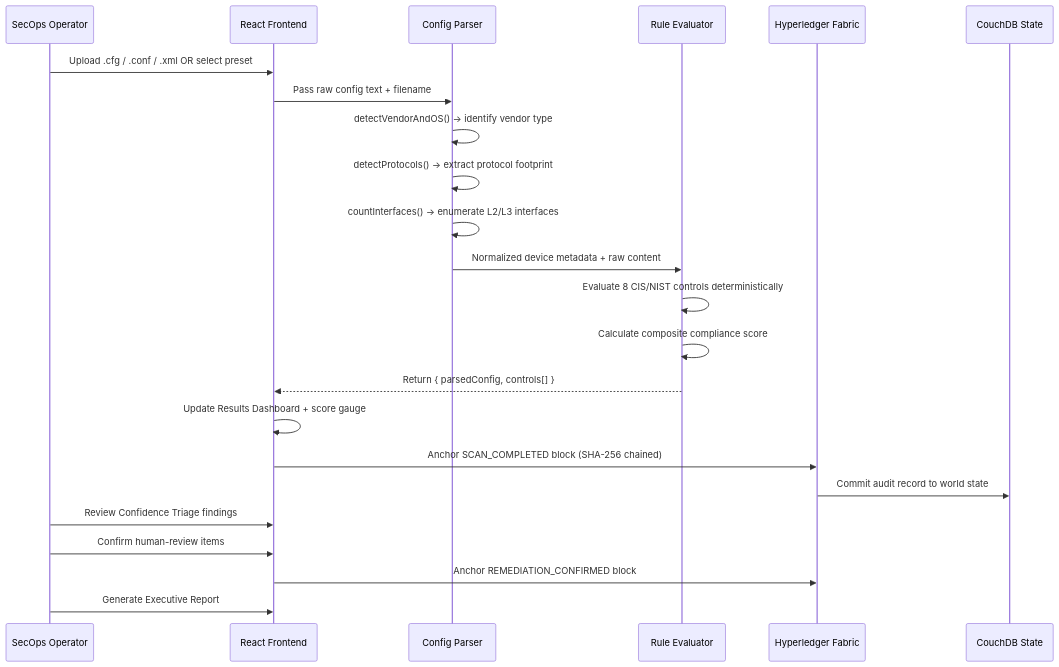
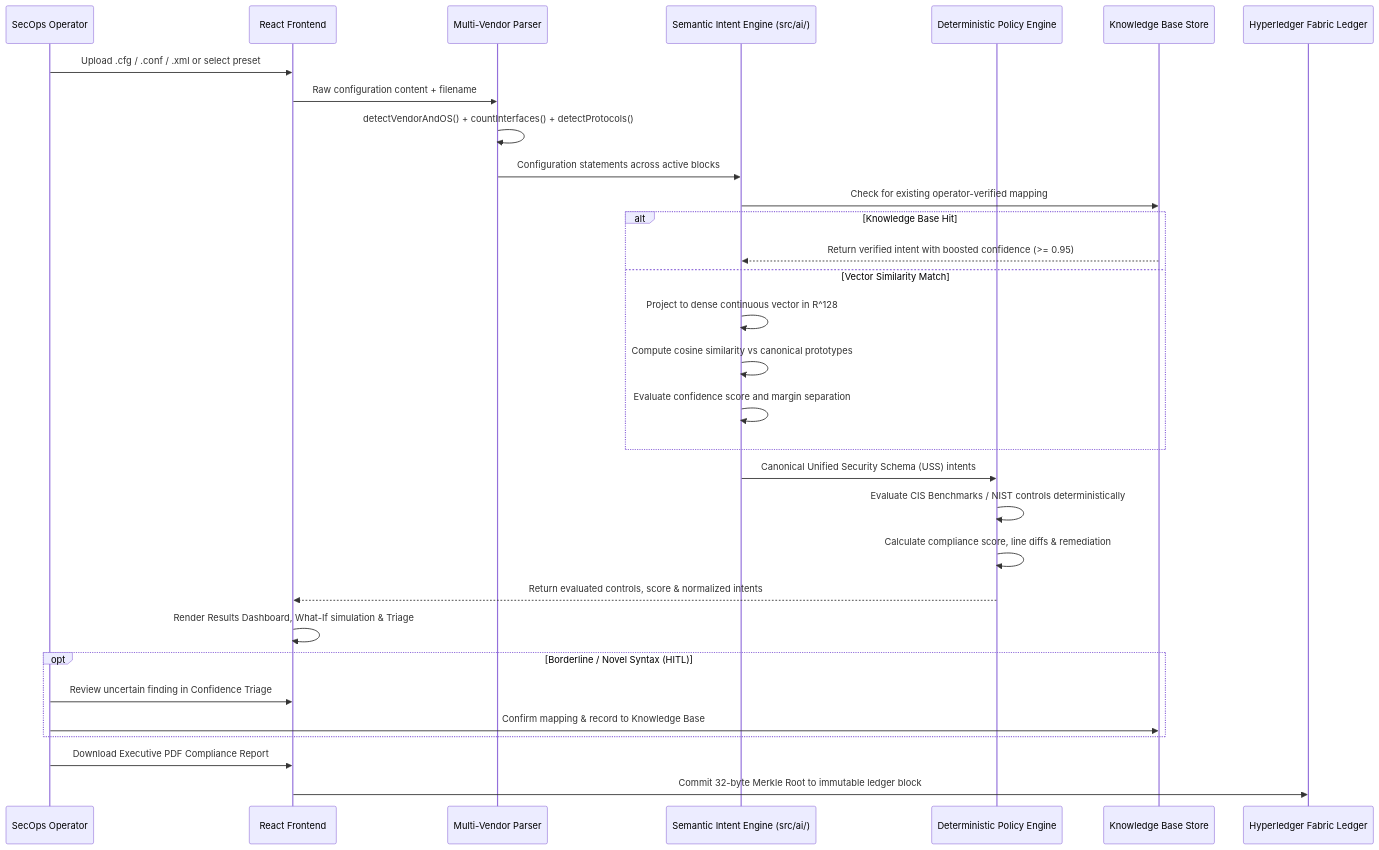
One commit to krithika2006-hue/NeuraComply changed the second of 10 diagrams in ARCHITECTURE.md. Above: the diagram before and after it, drawn with Mermaid. The commit also changed other lines of this file and 4 other files, not shown here.

Commit message:
docs: update ARCHITECTURE.md, IMPLEMENTATION_STATUS.md, evaluation guide, and add 2 semantic integration tests

````diff
--- a/ARCHITECTURE.md
+++ b/ARCHITECTURE.md
@@ -87,26 +79,34 @@
 ```mermaid
 sequenceDiagram
     participant OP as SecOps Operator
     participant UI as React Frontend
-    participant PP as Config Parser
-    participant RE as Rule Evaluator
-    participant HL as Hyperledger Fabric
-    participant DB as CouchDB State
+    participant PP as Multi-Vendor Parser
+    participant AI as Semantic Intent Engine (src/ai/)
+    participant CE as Deterministic Policy Engine
+    participant KB as Knowledge Base Store
+    participant HL as Hyperledger Fabric Ledger
 
-    OP->>UI: Upload .cfg / .conf / .xml OR select preset
-    UI->>PP: Pass raw config text + filename
-    PP->>PP: detectVendorAndOS() → identify vendor type
-    PP->>PP: detectProtocols() → extract protocol footprint
-    PP->>PP: countInterfaces() → enumerate L2/L3 interfaces
-    PP->>RE: Normalized device metadata + raw content
-    RE->>RE: Evaluate 8 CIS/NIST controls deterministically
-    RE->>RE: Calculate composite compliance score
-    RE-->>UI: Return { parsedConfig, controls[] }
-    UI->>UI: Update Results Dashboard + score gauge
-    UI->>HL: Anchor SCAN_COMPLETED block (SHA-256 chained)
-    HL->>DB: Commit audit record to world state
-    OP->>UI: Review Confidence Triage findings
-    OP->>UI: Confirm human-review items
-    UI->>HL: Anchor REMEDIATION_CONFIRMED block
-    OP->>UI: Generate Executive Report
+    OP->>UI: Upload .cfg / .conf / .xml or select preset
+    UI->>PP: Raw configuration content + filename
+    PP->>PP: detectVendorAndOS() + countInterfaces() + detectProtocols()
+    PP->>AI: Configuration statements across active blocks
+    AI->>KB: Check for existing operator-verified mapping
+    alt Knowledge Base Hit
+        KB-->>AI: Return verified intent with boosted confidence (>= 0.95)
+    else Vector Similarity Match
+        AI->>AI: Project to dense continuous vector in R^128
+        AI->>AI: Compute cosine similarity vs canonical prototypes
+        AI->>AI: Evaluate confidence score and margin separation
+    end
+    AI->>CE: Canonical Unified Security Schema (USS) intents
+    CE->>CE: Evaluate CIS Benchmarks / NIST controls deterministically
+    CE->>CE: Calculate compliance score, line diffs & remediation
+    CE-->>UI: Return evaluated controls, score & normalized intents
+    UI->>UI: Render Results Dashboard, What-If simulation & Triage
+    opt Borderline / Novel Syntax (HITL)
+        OP->>UI: Review uncertain finding in Confidence Triage
+        OP->>KB: Confirm mapping & record to Knowledge Base
+    end
+    OP->>UI: Download Executive PDF Compliance Report
+    UI->>HL: Commit 32-byte Merkle Root to immutable ledger block
 ```
````
